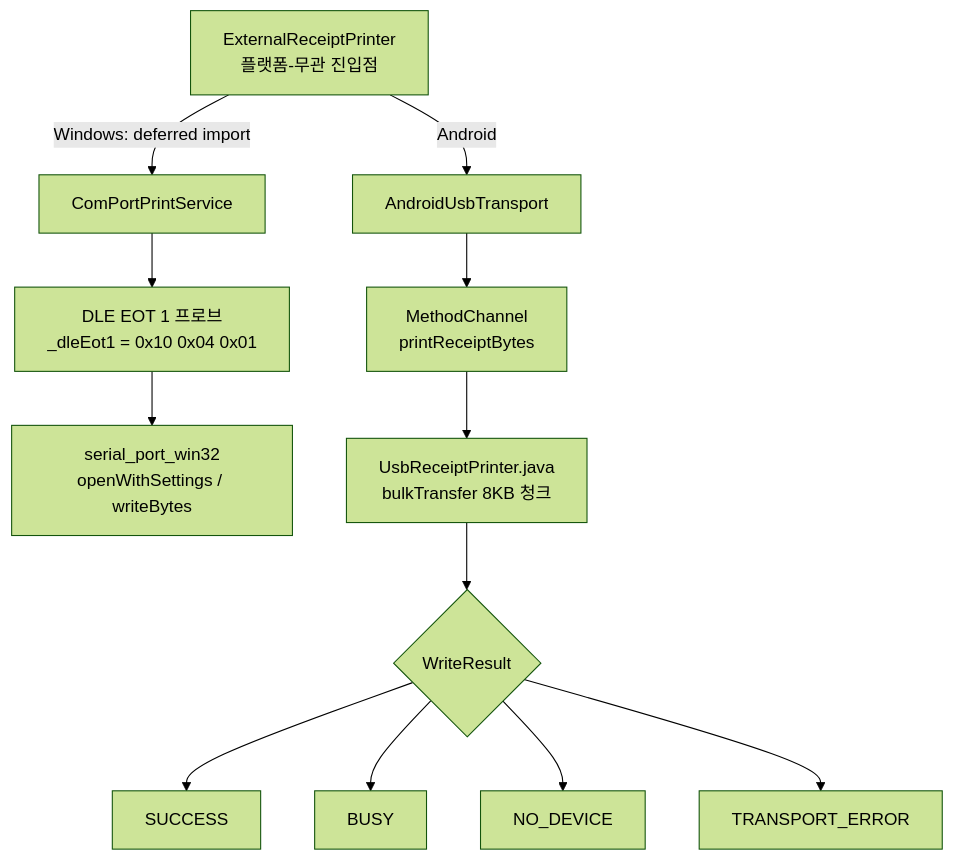
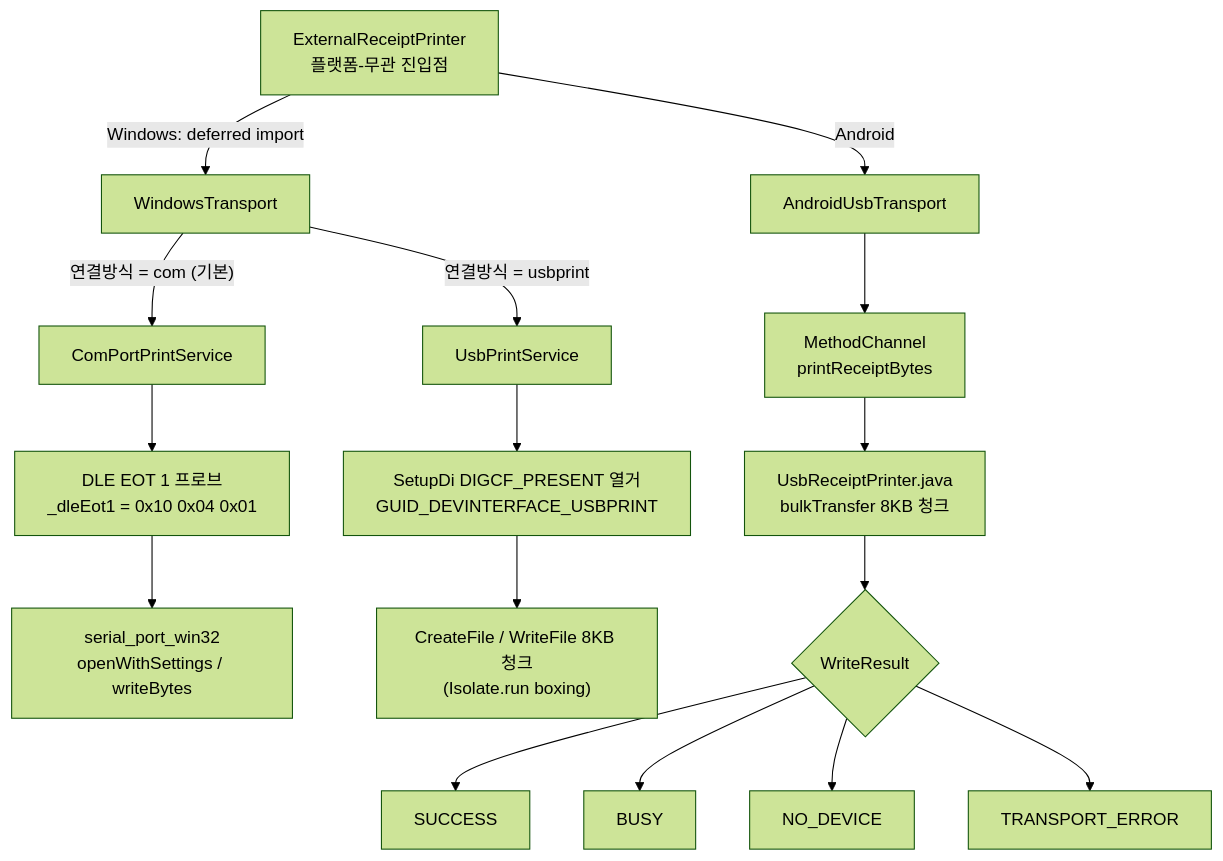
One commit to waldlustpos/appfit_order_agent changed the second of 4 diagrams in docs/PRINTER_FLOW.md. Above: the diagram before and after it, drawn with Mermaid (forest theme). The commit also changed other lines of this file and 19 other files, not shown here.

First line of the commit message:
feat(printer): Windows usbprint 직접 전송 경로 + 영수증 폭 기종별 대응

````diff
--- a/docs/PRINTER_FLOW.md
+++ b/docs/PRINTER_FLOW.md
@@ -46,17 +46,23 @@
 ```mermaid
 flowchart TD
     EXT["ExternalReceiptPrinter<br/>플랫폼-무관 진입점"]
-    EXT -->|Windows: deferred import| WIN["ComPortPrintService"]
+    EXT -->|Windows: deferred import| WT["WindowsTransport"]
     EXT -->|Android| AND["AndroidUsbTransport"]
+
+    WT -->|"연결방식 = com (기본)"| WIN["ComPortPrintService"]
+    WT -->|"연결방식 = usbprint"| UP["UsbPrintService"]
 
     WIN --> PROBE["DLE EOT 1 프로브<br/>_dleEot1 = 0x10 0x04 0x01"]
     PROBE --> SERIAL["serial_port_win32<br/>openWithSettings / writeBytes"]
+
+    UP --> ENUM["SetupDi DIGCF_PRESENT 열거<br/>GUID_DEVINTERFACE_USBPRINT"]
+    ENUM --> CF["CreateFile / WriteFile 8KB 청크<br/>(Isolate.run boxing)"]
 
     AND --> MC["MethodChannel<br/>printReceiptBytes"]
     MC --> USBJ["UsbReceiptPrinter.java<br/>bulkTransfer 8KB 청크"]
     USBJ --> WR{"WriteResult"}
     WR --> S["SUCCESS"]
     WR --> B["BUSY"]
     WR --> N["NO_DEVICE"]
     WR --> T["TRANSPORT_ERROR"]
 ```
````
